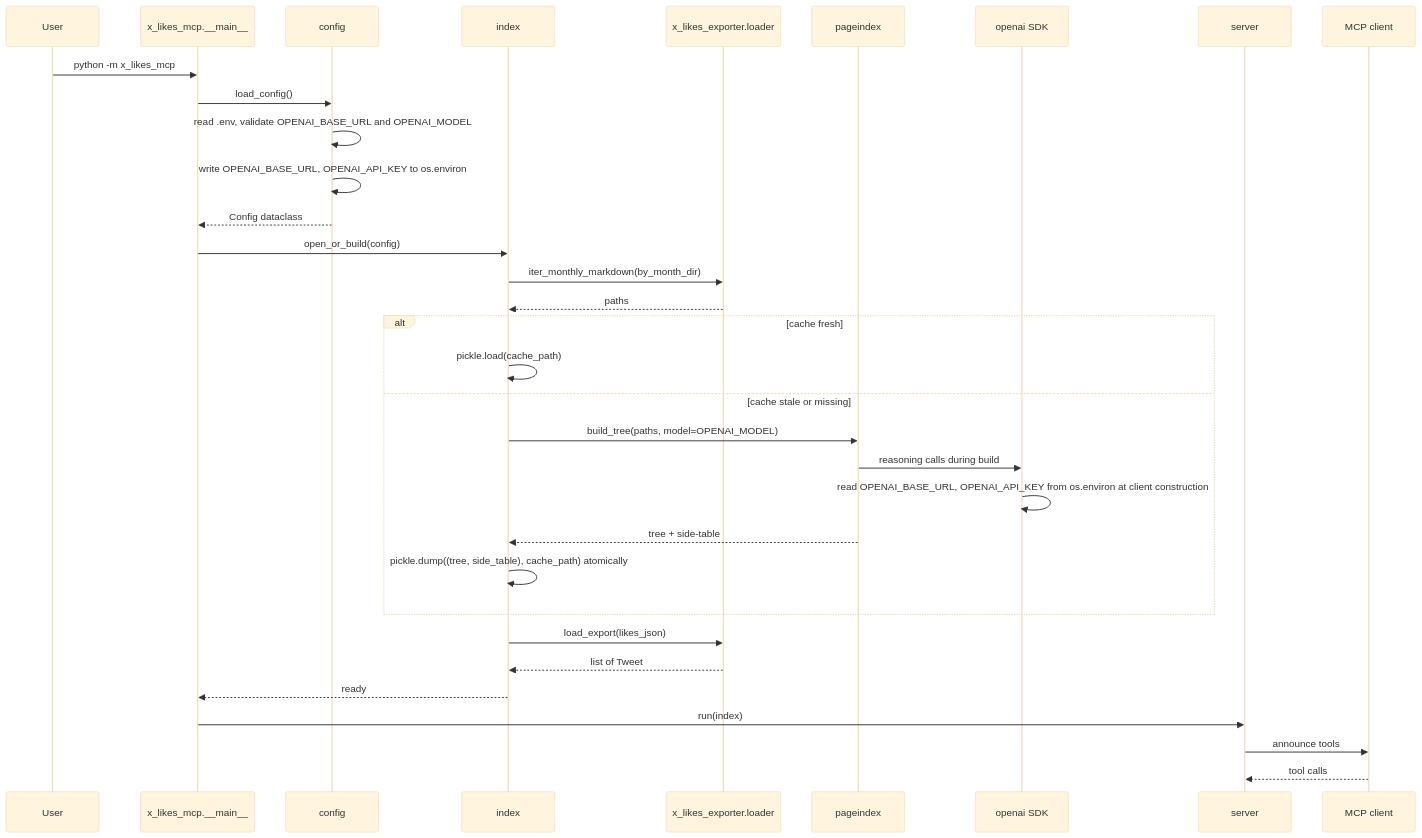
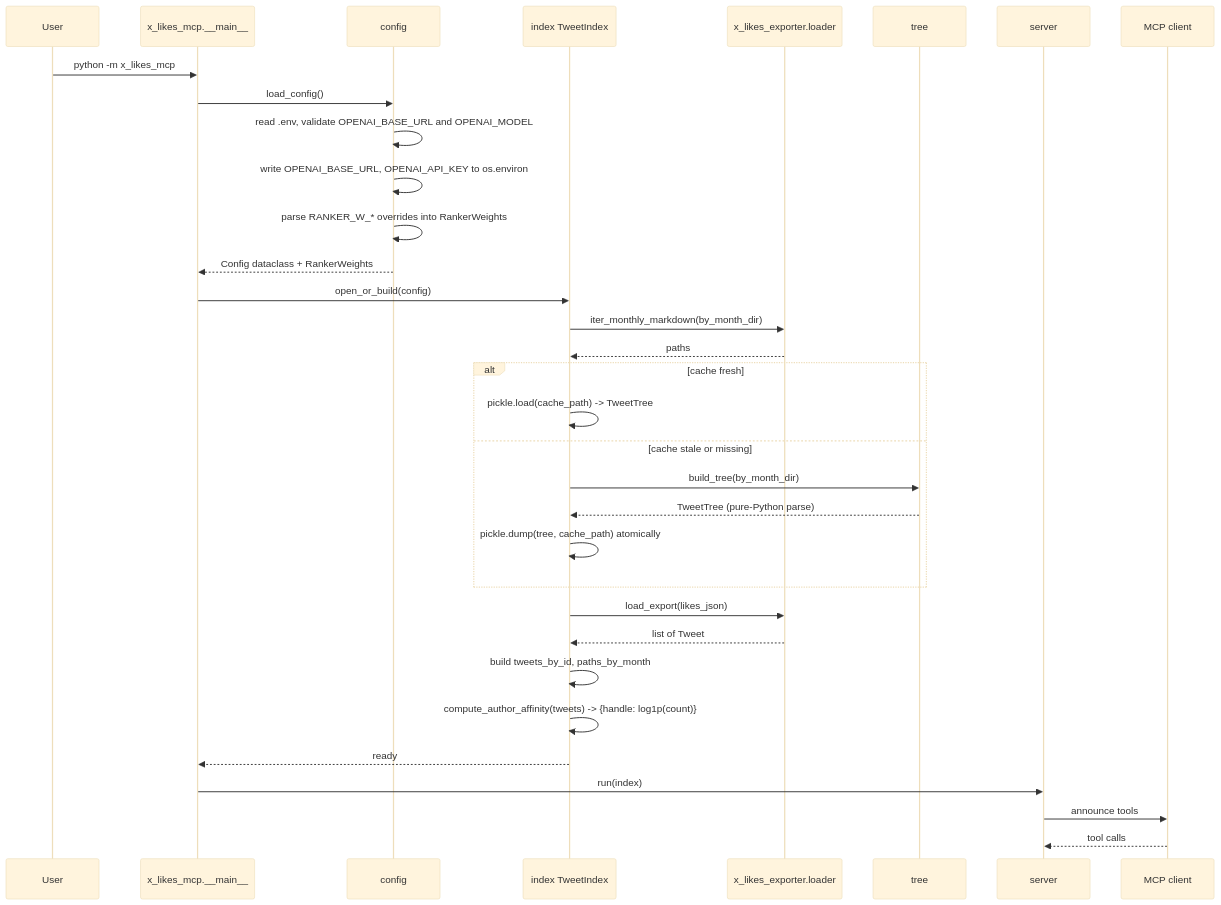
Before and after one commit to norandom/x_likes_scraper: the second of 3 diagrams in .kiro/specs/mcp-pageindex/design.md, drawn with Mermaid (base theme). The commit also changed other lines of this file and 5 other files, not shown here.

First line of the commit message:
docs(mcp-pageindex): drop PageIndex; realign to own TweetIndex with tree/walker/ranker

````diff
--- a/.kiro/specs/mcp-pageindex/design.md
+++ b/.kiro/specs/mcp-pageindex/design.md
@@ -213,36 +226,36 @@
 ```mermaid
 sequenceDiagram
     participant User
     participant Main as x_likes_mcp.__main__
     participant Config as config
-    participant Index as index
+    participant Index as index TweetIndex
     participant Loader as x_likes_exporter.loader
-    participant PageIndex as pageindex
-    participant OpenAI as openai SDK
+    participant Tree as tree
     participant Server as server
     participant MCP as MCP client
 
     User->>Main: python -m x_likes_mcp
     Main->>Config: load_config()
     Config->>Config: read .env, validate OPENAI_BASE_URL and OPENAI_MODEL
     Config->>Config: write OPENAI_BASE_URL, OPENAI_API_KEY to os.environ
-    Config-->>Main: Config dataclass
+    Config->>Config: parse RANKER_W_* overrides into RankerWeights
+    Config-->>Main: Config dataclass + RankerWeights
     Main->>Index: open_or_build(config)
     Index->>Loader: iter_monthly_markdown(by_month_dir)
     Loader-->>Index: paths
     alt cache fresh
-        Index->>Index: pickle.load(cache_path)
+        Index->>Index: pickle.load(cache_path) -> TweetTree
     else cache stale or missing
-        Index->>PageIndex: build_tree(paths, model=OPENAI_MODEL)
-        PageIndex->>OpenAI: reasoning calls during build
-        OpenAI->>OpenAI: read OPENAI_BASE_URL, OPENAI_API_KEY from os.environ at client construction
-        PageIndex-->>Index: tree + side-table
-        Index->>Index: pickle.dump((tree, side_table), cache_path) atomically
+        Index->>Tree: build_tree(by_month_dir)
+        Tree-->>Index: TweetTree (pure-Python parse)
+        Index->>Index: pickle.dump(tree, cache_path) atomically
     end
     Index->>Loader: load_export(likes_json)
     Loader-->>Index: list of Tweet
+    Index->>Index: build tweets_by_id, paths_by_month
+    Index->>Index: compute_author_affinity(tweets) -> {handle: log1p(count)}
     Index-->>Main: ready
     Main->>Server: run(index)
     Server->>MCP: announce tools
     MCP-->>Server: tool calls
 ```
````
